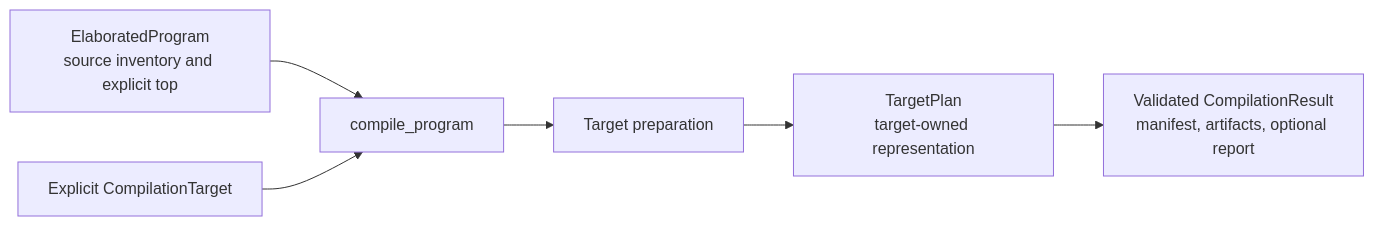
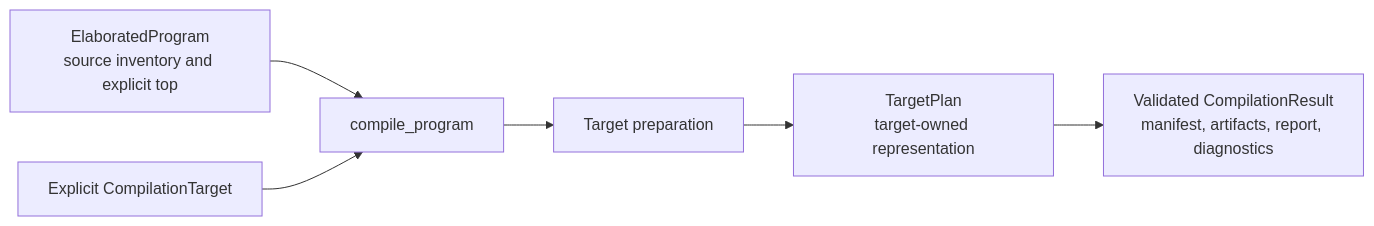
Before and after one commit to jerryz123/rhodium: the diagram in rhodium/compile/README.md, drawn with Mermaid. The commit also changed other lines of this file and 20 other files, not shown here.

````diff
--- a/rhodium/compile/README.md
+++ b/rhodium/compile/README.md
@@ -36,8 +37,8 @@
 ```mermaid
 flowchart LR
     Program["ElaboratedProgram<br/>source inventory and explicit top"] --> Compile["compile_program"]
     Target["Explicit CompilationTarget"] --> Compile
     Compile --> Prepare["Target preparation"]
     Prepare --> Plan["TargetPlan<br/>target-owned representation"]
-    Plan --> Result["Validated CompilationResult<br/>manifest, artifacts, optional report"]
+    Plan --> Result["Validated CompilationResult<br/>manifest, artifacts, report, diagnostics"]
 ```
````
